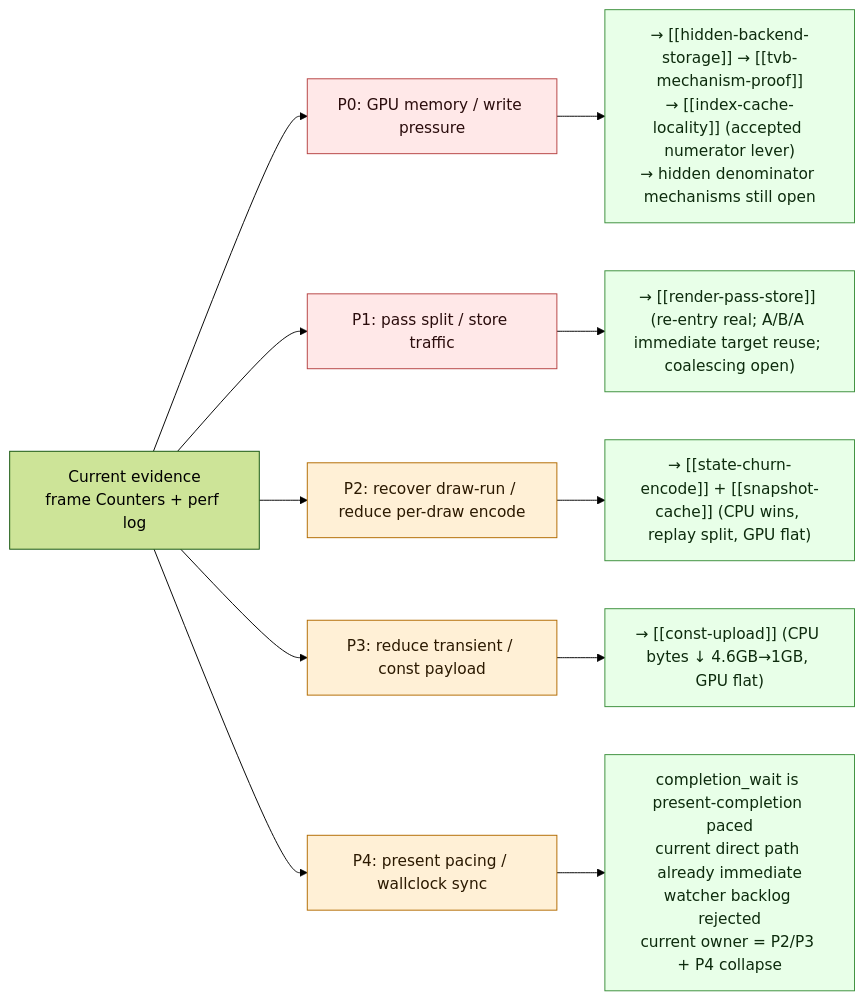
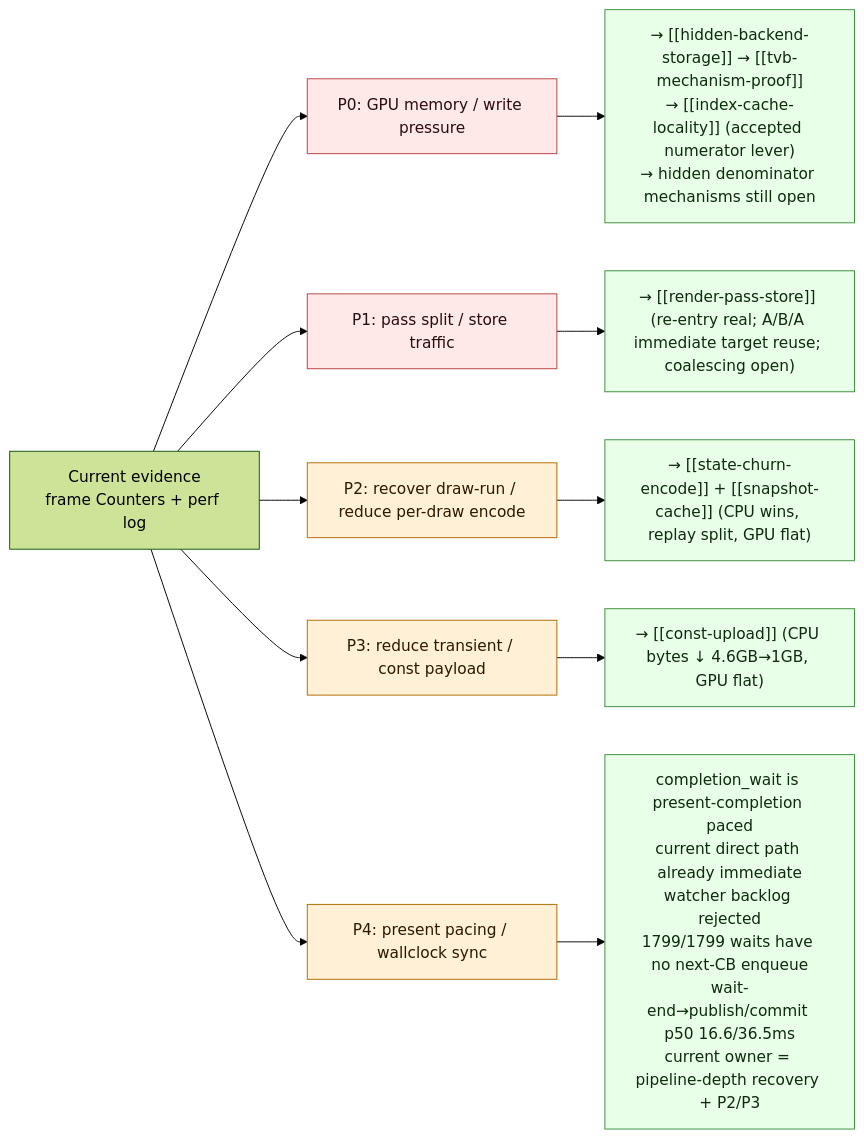
Before and after one commit to dfdgsdfg/dxmt9: the second of 3 diagrams in docs/perfomance/overview-3dmark05-gt1.md, drawn with Mermaid (forest theme). The commit also changed other lines of this file and 7 other files, not shown here.

Commit message:
perf: instrument present pipeline overlap

````diff
--- a/docs/perfomance/overview-3dmark05-gt1.md
+++ b/docs/perfomance/overview-3dmark05-gt1.md
@@ -564,21 +564,21 @@
 ```mermaid
 flowchart LR
   Start["Current evidence\nframe Counters + perf log"] --> P0["P0: GPU memory / write pressure"]
   Start --> P1["P1: pass split / store traffic"]
   Start --> P2["P2: recover draw-run / reduce per-draw encode"]
   Start --> P3["P3: reduce transient / const payload"]
   Start --> P4["P4: present pacing / wallclock sync"]
 
   P0 --> P0r["→ [[hidden-backend-storage]] → [[tvb-mechanism-proof]]\n→ [[index-cache-locality]] (accepted numerator lever)\n→ hidden denominator mechanisms still open"]
   P1 --> P1r["→ [[render-pass-store]] (re-entry real; A/B/A immediate target reuse; coalescing open)"]
   P2 --> P2r["→ [[state-churn-encode]] + [[snapshot-cache]] (CPU wins, replay split, GPU flat)"]
   P3 --> P3r["→ [[const-upload]] (CPU bytes ↓ 4.6GB→1GB, GPU flat)"]
-  P4 --> P4r["completion_wait is present-completion paced\ncurrent direct path already immediate\nwatcher backlog rejected\ncurrent owner = P2/P3 + P4 collapse"]
+  P4 --> P4r["completion_wait is present-completion paced\ncurrent direct path already immediate\nwatcher backlog rejected\n1799/1799 waits have no next-CB enqueue\nwait-end→publish/commit p50 16.6/36.5ms\ncurrent owner = pipeline-depth recovery + P2/P3"]
 
   classDef p0 fill:#ffe8e8,stroke:#b64242,color:#2b0d0d
   classDef p1 fill:#fff0d6,stroke:#b26b00,color:#2b1900
   classDef act fill:#e8ffe8,stroke:#3c8f3c,color:#0d2b0d
   class P0,P1 p0
   class P2,P3,P4 p1
   class P0r,P1r,P2r,P3r,P4r act
 ```
````
